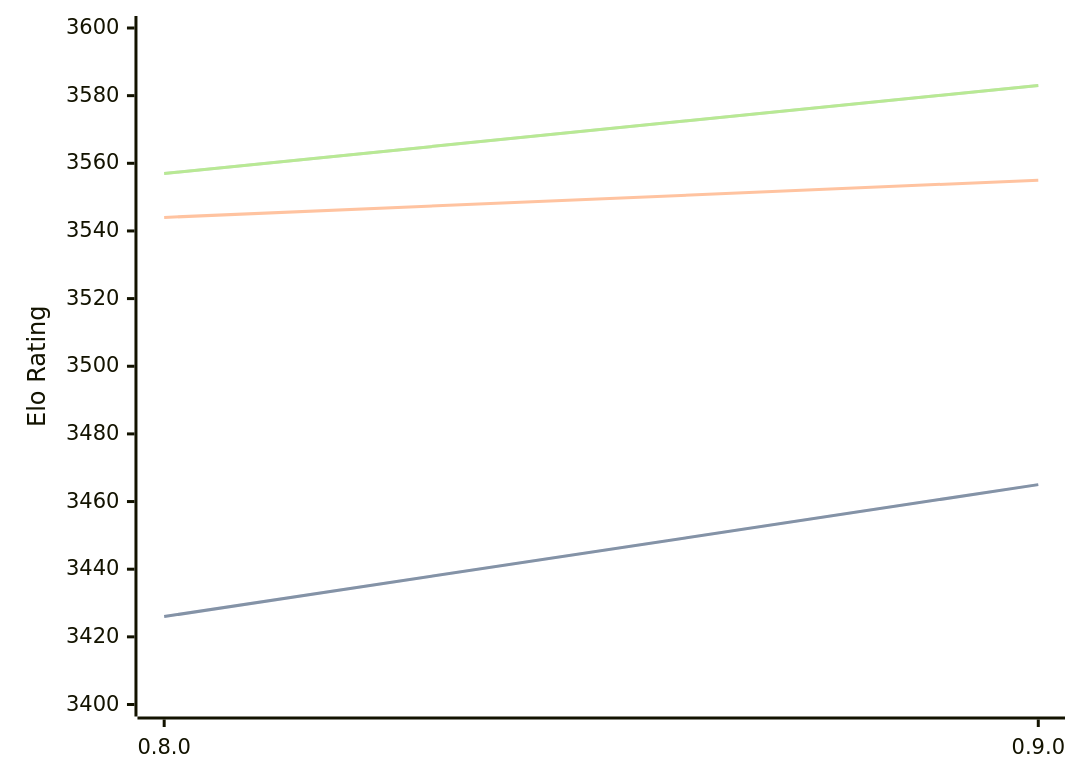
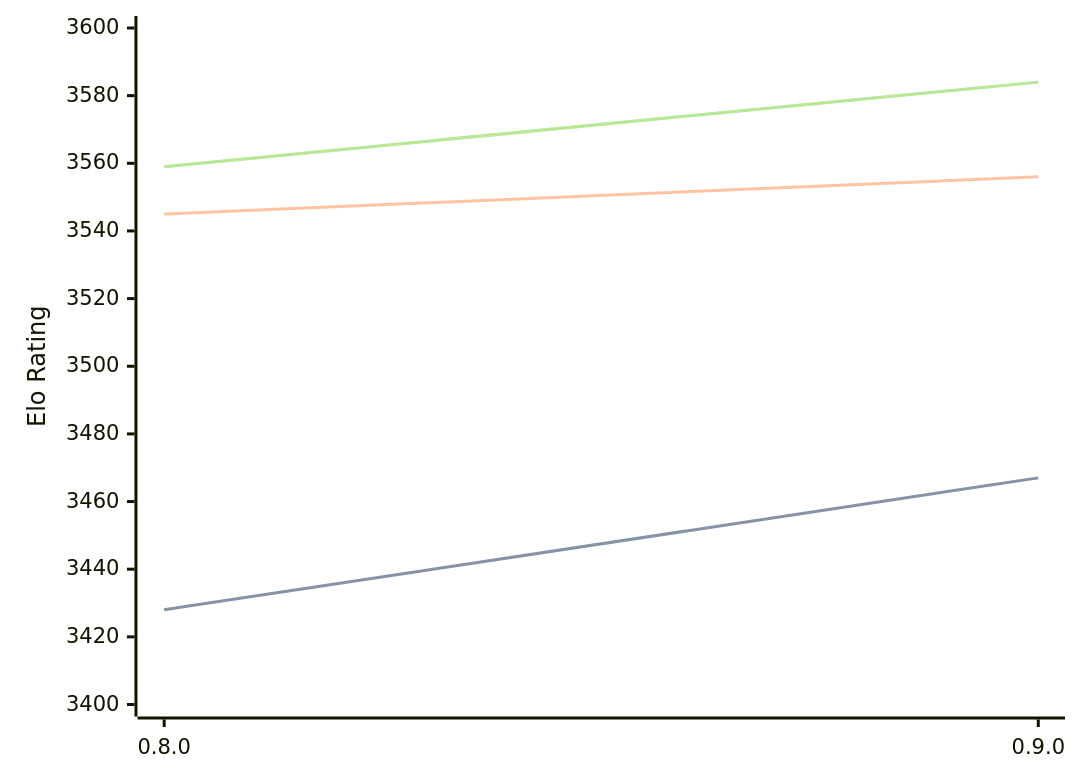
The first of 3 diagrams in engines/Reckless.md (computer-chess-index/cci), drawn with Mermaid before and after one commit. The commit also changed other lines of this file, not shown here.

Commit message:
Update CCI Ratings (ELO VLTC) - 2026-06-23

````diff
--- a/engines/Reckless.md
+++ b/engines/Reckless.md
@@ -39,11 +39,11 @@
 ```mermaid
 %%{init: {"theme":"base","themeVariables":{"seriesColors:['#a3a3a3','#222221','#faa371']}}}%%
 xychart-beta
   x-axis ["0.8.0", "0.9.0"]
   y-axis "Elo Rating" 3400 --> 3600
-  line "STC (8.0+0.08s)" [3426, 3465]
-  line "STC (8.0+0.08s)" [3426, 3465]
-  line "LTC (60.0+0.60s)" [3544, 3555]
-  line "VLTC (2m24s+1.12s)" [3557, 3583]
-  line "VLTC (2m24s+1.12s)" [3557, 3583]
+  line "STC (8.0+0.08s)" [3428, 3467]
+  line "STC (8.0+0.08s)" [3428, 3467]
+  line "LTC (60.0+0.60s)" [3545, 3556]
+  line "VLTC (2m24s+1.12s)" [3559, 3584]
+  line "VLTC (2m24s+1.12s)" [3559, 3584]
 ```
````
